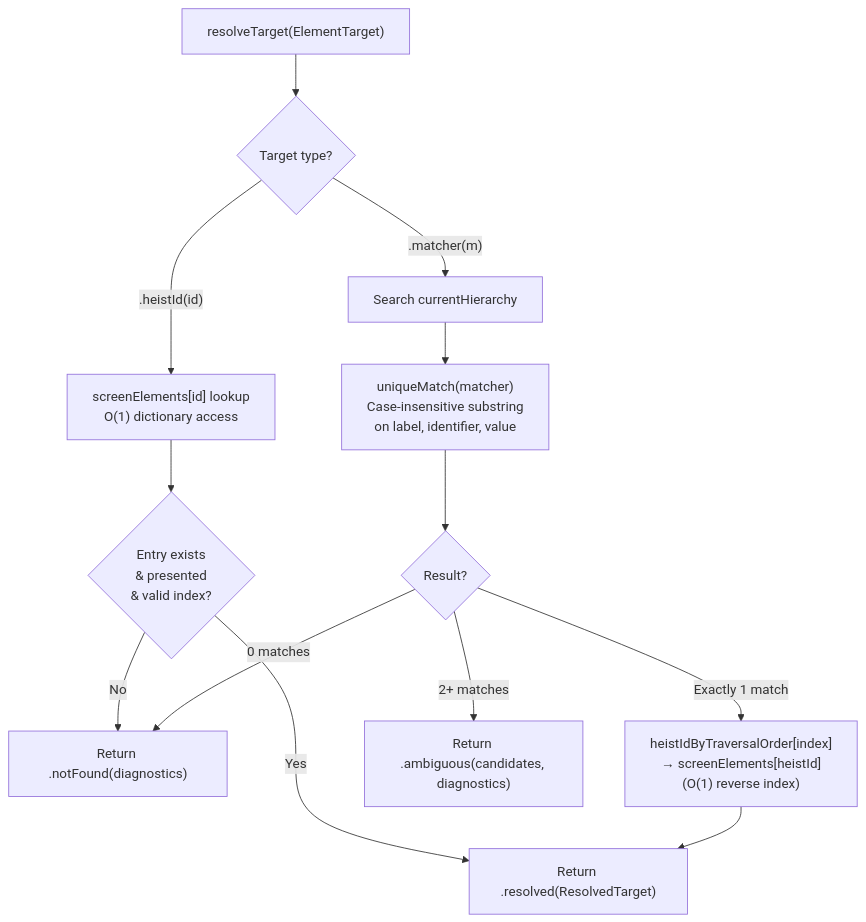
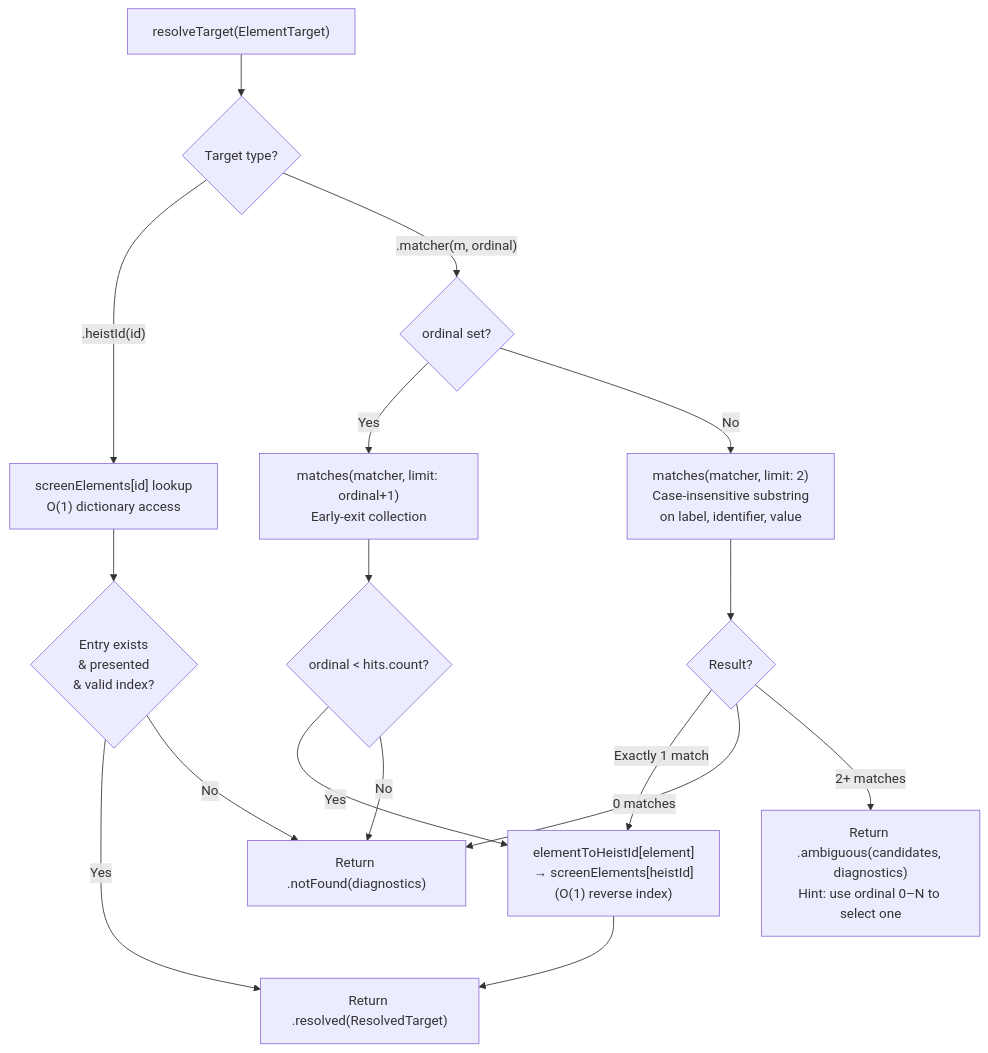
The second of 2 diagrams in docs/dossiers/15-UNIFIED-TARGETING.md (RoyalPineapple/TheButtonHeist), drawn with Mermaid before and after one commit. The commit also changed other lines of this file and 17 other files, not shown here.

First line of the commit message:
Add ordinal selection to ElementTarget for disambiguating matches (#241)

````diff
--- a/docs/dossiers/15-UNIFIED-TARGETING.md
+++ b/docs/dossiers/15-UNIFIED-TARGETING.md
@@ -111,16 +111,21 @@
 ```mermaid
 flowchart TD
     A["resolveTarget(ElementTarget)"] --> B{Target type?}
     B -->|".heistId(id)"| C["screenElements[id] lookup<br/>O(1) dictionary access"]
     C --> D{Entry exists<br/>& presented<br/>& valid index?}
     D -->|Yes| E["Return .resolved(ResolvedTarget)"]
     D -->|No| F["Return .notFound(diagnostics)"]
 
-    B -->|".matcher(m)"| G["Search currentHierarchy"]
-    G --> H["uniqueMatch(matcher)<br/>Case-insensitive substring<br/>on label, identifier, value"]
+    B -->|".matcher(m, ordinal)"| G{ordinal set?}
+    G -->|Yes| ORD["matches(matcher, limit: ordinal+1)<br/>Early-exit collection"]
+    ORD --> ORDCHK{ordinal < hits.count?}
+    ORDCHK -->|Yes| J["elementToHeistId[element]<br/>→ screenElements[heistId]<br/>(O(1) reverse index)"]
+    J --> E
+    ORDCHK -->|No| F
+
+    G -->|No| H["matches(matcher, limit: 2)<br/>Case-insensitive substring<br/>on label, identifier, value"]
     H --> I{Result?}
-    I -->|Exactly 1 match| J["heistIdByTraversalOrder[index]<br/>→ screenElements[heistId]<br/>(O(1) reverse index)"]
-    J --> E
+    I -->|Exactly 1 match| J
     I -->|0 matches| F
-    I -->|2+ matches| AMB["Return .ambiguous(candidates, diagnostics)"]
+    I -->|2+ matches| AMB["Return .ambiguous(candidates, diagnostics)<br/>Hint: use ordinal 0–N to select one"]
 ```
````
